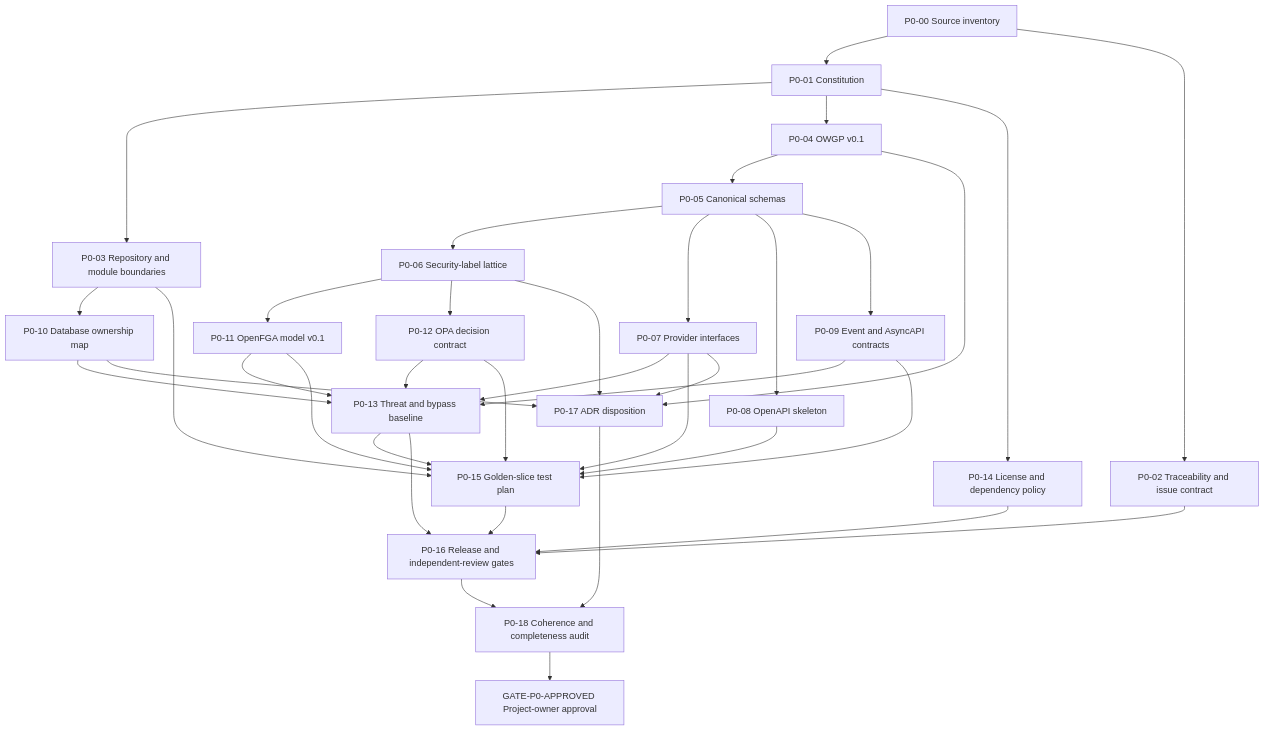
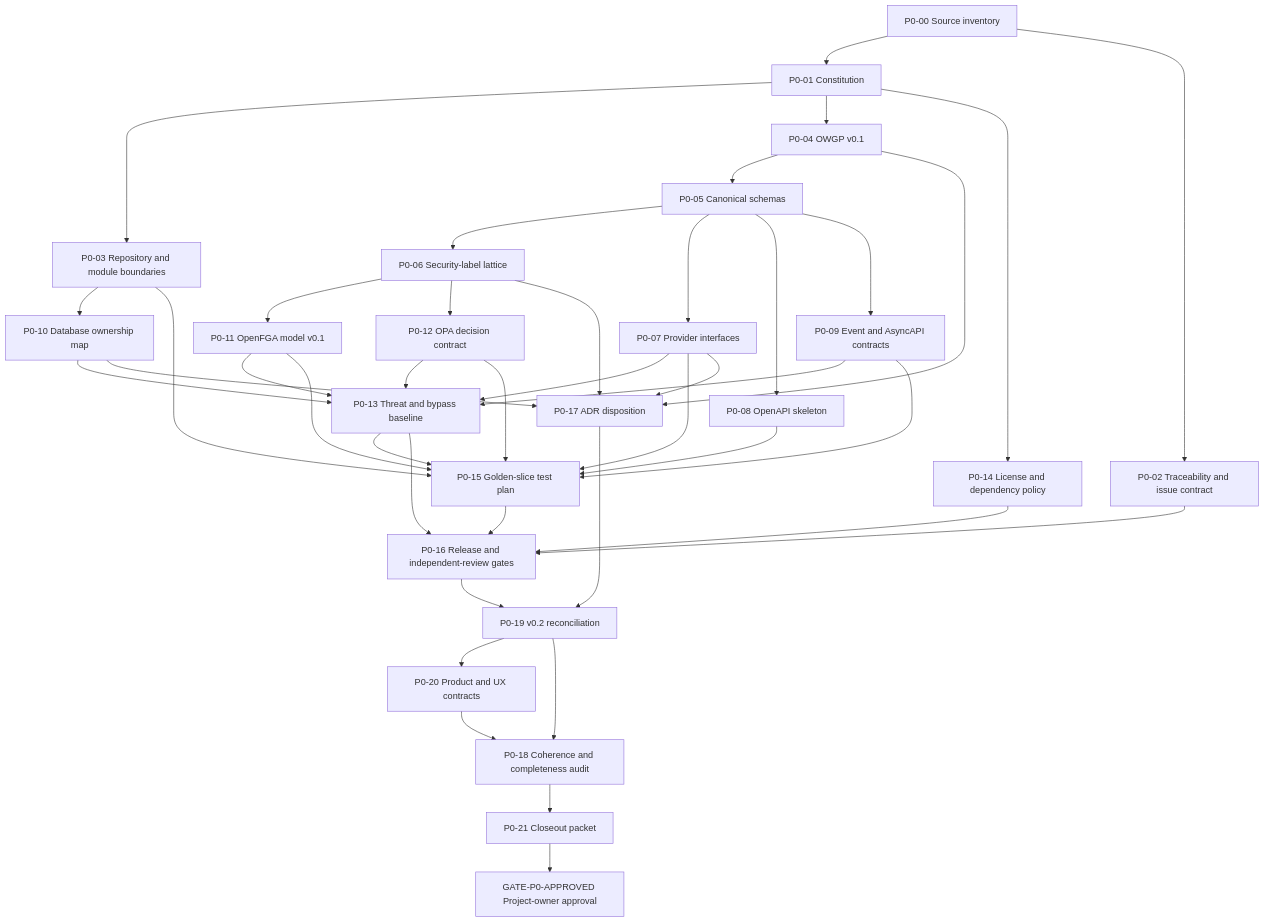
The diagram in docs/planning/phase-0-artifact-backlog.md (ScottTpirate/stead), drawn with Mermaid before and after one commit. The commit also changed other lines of this file and 74 other files, not shown here.

Commit message:
Complete Phase 0 architecture reconciliation

````diff
--- a/docs/planning/phase-0-artifact-backlog.md
+++ b/docs/planning/phase-0-artifact-backlog.md
@@ -10,39 +10,43 @@
 ```mermaid
 flowchart TD
   P000[P0-00 Source inventory] --> P001[P0-01 Constitution]
   P000 --> P002[P0-02 Traceability and issue contract]
   P001 --> P003[P0-03 Repository and module boundaries]
   P001 --> P004[P0-04 OWGP v0.1]
   P004 --> P005[P0-05 Canonical schemas]
   P005 --> P006[P0-06 Security-label lattice]
   P005 --> P007[P0-07 Provider interfaces]
   P005 --> P008[P0-08 OpenAPI skeleton]
   P005 --> P009[P0-09 Event and AsyncAPI contracts]
   P003 --> P010[P0-10 Database ownership map]
   P006 --> P011[P0-11 OpenFGA model v0.1]
   P006 --> P012[P0-12 OPA decision contract]
   P007 --> P013[P0-13 Threat and bypass baseline]
   P009 --> P013
   P010 --> P013
   P011 --> P013
   P012 --> P013
   P001 --> P014[P0-14 License and dependency policy]
   P003 --> P015[P0-15 Golden-slice test plan]
   P007 --> P015
   P008 --> P015
   P009 --> P015
   P011 --> P015
   P012 --> P015
   P013 --> P015
   P002 --> P016[P0-16 Release and independent-review gates]
   P013 --> P016
   P014 --> P016
   P015 --> P016
   P004 --> P017[P0-17 ADR disposition]
   P006 --> P017
   P007 --> P017
   P010 --> P017
-  P016 --> P018[P0-18 Coherence and completeness audit]
-  P017 --> P018
-  P018 --> P0G[GATE-P0-APPROVED Project-owner approval]
+  P016 --> P019[P0-19 v0.2 reconciliation]
+  P017 --> P019
+  P019 --> P020[P0-20 Product and UX contracts]
+  P019 --> P018[P0-18 Coherence and completeness audit]
+  P020 --> P018
+  P018 --> P021[P0-21 Closeout packet]
+  P021 --> P0G[GATE-P0-APPROVED Project-owner approval]
 ```
````
